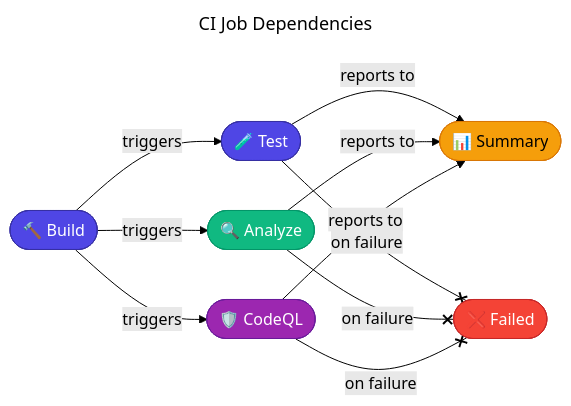
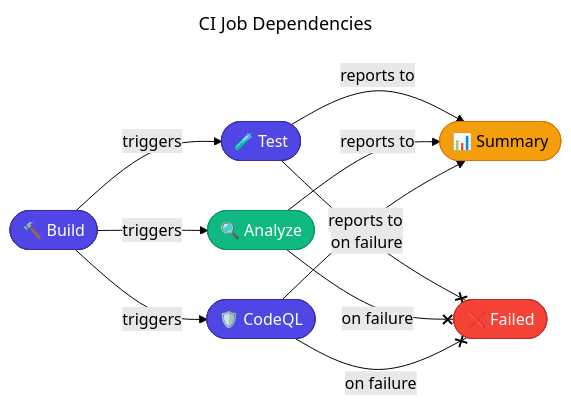
Before and after one commit to Evilazaro/Azure-LogicApps-Monitoring: the second of 2 diagrams in docs/devops/ci-dotnet-reusable.md, drawn with Mermaid (forest theme). The commit also changed other lines of this file and 1 other file, not shown here.

Commit message:
refactor: Update node styling for CI/CD workflow diagrams in documentation

````diff
--- a/docs/devops/ci-dotnet-reusable.md
+++ b/docs/devops/ci-dotnet-reusable.md
@@ -610,35 +612,33 @@
 ```mermaid
 ---
 title: CI Job Dependencies
 ---
 flowchart LR
     %% ===== JOB DEPENDENCY GRAPH =====
     build(["🔨 Build"]) -->|triggers| test(["🧪 Test"])
     build -->|triggers| analyze(["🔍 Analyze"])
     build -->|triggers| codeql(["🛡️ CodeQL"])
     test -->|reports to| summary(["📊 Summary"])
     analyze -->|reports to| summary
     codeql -->|reports to| summary
     test --x|on failure| failure(["❌ Failed"])
     analyze --x|on failure| failure
     codeql --x|on failure| failure
 
     %% ===== STYLING DEFINITIONS =====
     %% Primary components: Indigo - main processes
     classDef primary fill:#4F46E5,stroke:#3730A3,color:#FFFFFF
     %% Secondary components: Emerald - secondary elements
     classDef secondary fill:#10B981,stroke:#059669,color:#FFFFFF
-    %% Security: Purple - security scanning
-    classDef security fill:#9C27B0,stroke:#6A1B9A,color:#FFFFFF
     %% Error/failure states: Red - error handling
     classDef failed fill:#F44336,stroke:#C62828,color:#FFFFFF
     %% Data stores: Amber - reporting
     classDef datastore fill:#F59E0B,stroke:#D97706,color:#000000
 
-    %% Apply styles to nodes
+    %% ===== NODE STYLING =====
     class build,test primary
     class analyze secondary
-    class codeql security
+    class codeql primary
     class summary datastore
     class failure failed
 ```
````
